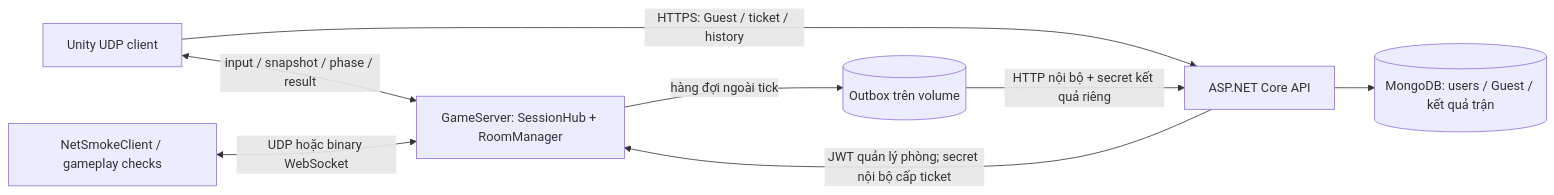
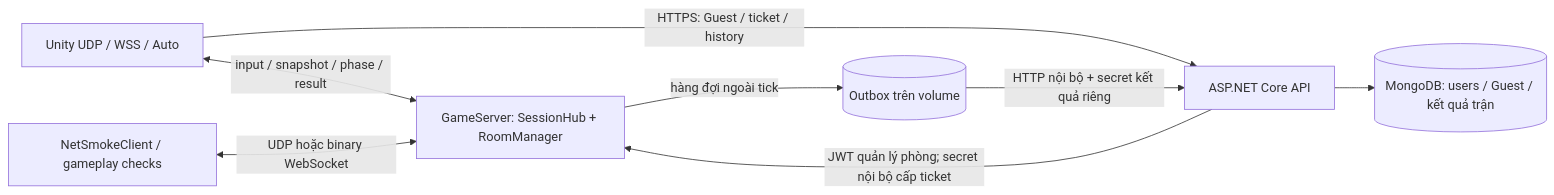
The diagram in Docs/Network_Architecture.vi.md (Vinhnq19/Jungle_Maze_Survival), drawn with Mermaid before and after one commit. The commit also changed other lines of this file and 82 other files, not shown here.

````diff
--- a/Docs/Network_Architecture.vi.md
+++ b/Docs/Network_Architecture.vi.md
@@ -15,10 +15,10 @@
 ```mermaid
 flowchart LR
-    U[Unity UDP client] <-->|input / snapshot / phase / result| G[GameServer: SessionHub + RoomManager]
+    U[Unity UDP / WSS / Auto] <-->|input / snapshot / phase / result| G[GameServer: SessionHub + RoomManager]
     S[NetSmokeClient / gameplay checks] <-->|UDP hoặc binary WebSocket| G
     U -->|HTTPS: Guest / ticket / history| A[ASP.NET Core API]
     A -->|JWT quản lý phòng; secret nội bộ cấp ticket| G
     G -->|hàng đợi ngoài tick| O[(Outbox trên volume)]
     O -->|HTTP nội bộ + secret kết quả riêng| A
     A --> M[(MongoDB: users / Guest / kết quả trận)]
 ```
````
